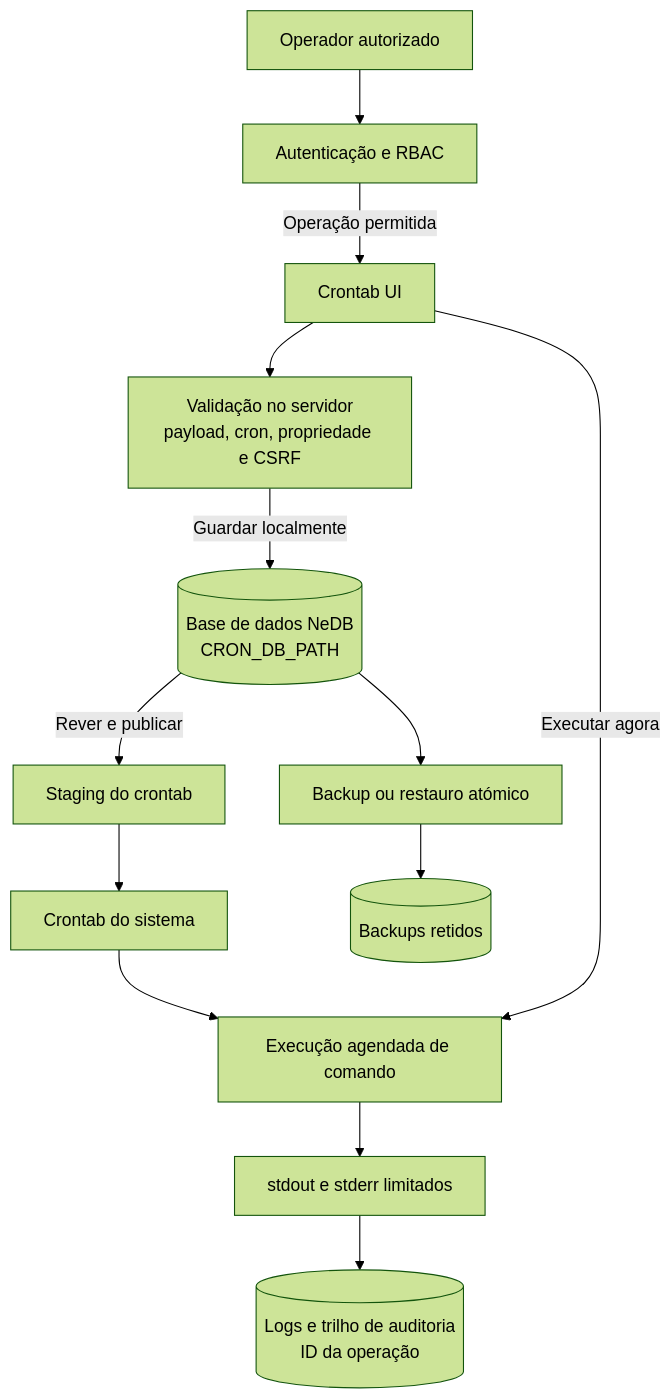
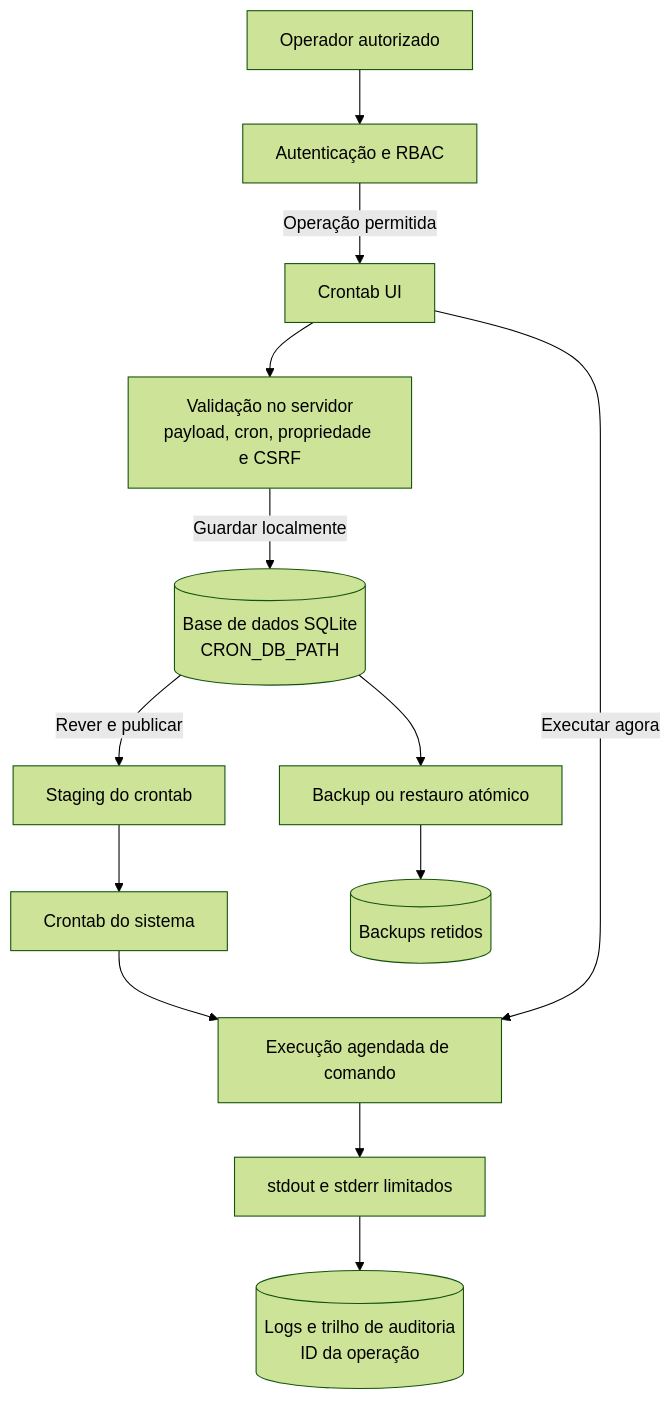
Before and after one commit to Kowts/crontab-ui: the diagram in README.pt-PT.md, drawn with Mermaid (forest theme). The commit also changed other lines of this file and 8 other files, not shown here.

````diff
--- a/README.pt-PT.md
+++ b/README.pt-PT.md
@@ -34,15 +34,15 @@
 ```mermaid
 flowchart TD
     U[Operador autorizado] --> A[Autenticação e RBAC]
     A -->|Operação permitida| UI[Crontab UI]
     UI --> V[Validação no servidor<br/>payload, cron, propriedade e CSRF]
-    V -->|Guardar localmente| DB[(Base de dados NeDB<br/>CRON_DB_PATH)]
+    V -->|Guardar localmente| DB[(Base de dados SQLite<br/>CRON_DB_PATH)]
     DB -->|Rever e publicar| P[Staging do crontab]
     P --> C[Crontab do sistema]
     C --> X[Execução agendada de comando]
     UI -->|Executar agora| X
     X --> O[stdout e stderr limitados]
     O --> L[(Logs e trilho de auditoria<br/>ID da operação)]
     DB --> B[Backup ou restauro atómico]
     B --> R[(Backups retidos)]
 ```
````
